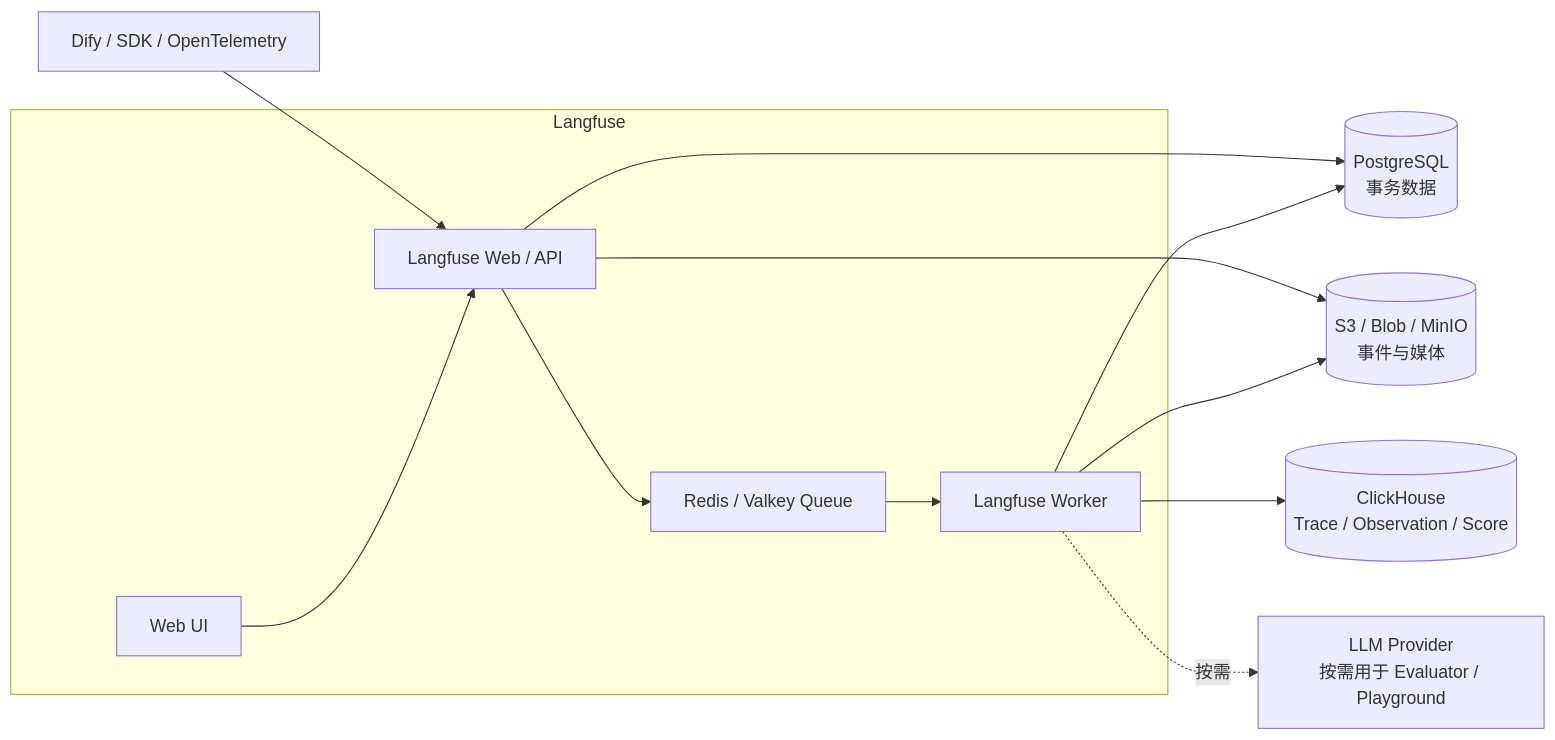
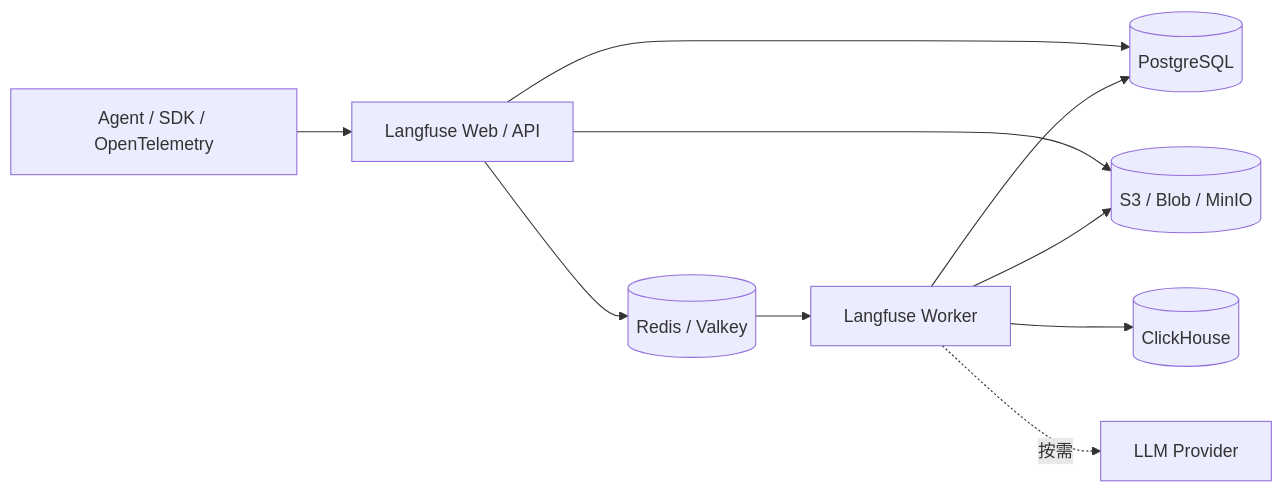
The sixth of 15 diagrams in weekly-report/phoenix-langfuse-research.md (sgfd-ui/internship), drawn with Mermaid before and after one commit. The commit also changed other lines of this file, not shown here.

Commit message:
docs: generalize Phoenix and Langfuse research to Agent platform scope

````diff
--- a/weekly-report/phoenix-langfuse-research.md
+++ b/weekly-report/phoenix-langfuse-research.md
@@ -216,27 +183,14 @@
 ```mermaid
 flowchart LR
-    D[Dify / SDK / OpenTelemetry]
+    A[Agent / SDK / OpenTelemetry]
+    --> W[Langfuse Web / API]
 
-    subgraph L[Langfuse]
-        W[Langfuse Web / API]
-        Q[Redis / Valkey Queue]
-        WK[Langfuse Worker]
-        UI[Web UI]
-    end
-
-    PG[(PostgreSQL\n事务数据)]
-    CH[(ClickHouse\nTrace / Observation / Score)]
-    S3[(S3 / Blob / MinIO\n事件与媒体)]
-    M[LLM Provider\n按需用于 Evaluator / Playground]
-
-    D --> W
-    W --> PG
-    W --> S3
-    W --> Q
-    Q --> WK
+    W --> PG[(PostgreSQL)]
+    W --> S3[(S3 / Blob / MinIO)]
+    W --> Q[(Redis / Valkey)]
+    Q --> WK[Langfuse Worker]
     WK --> S3
-    WK --> CH
+    WK --> CH[(ClickHouse)]
     WK --> PG
-    UI --> W
-    WK -.按需.-> M
+    WK -.按需.-> M[LLM Provider]
 ```
````
